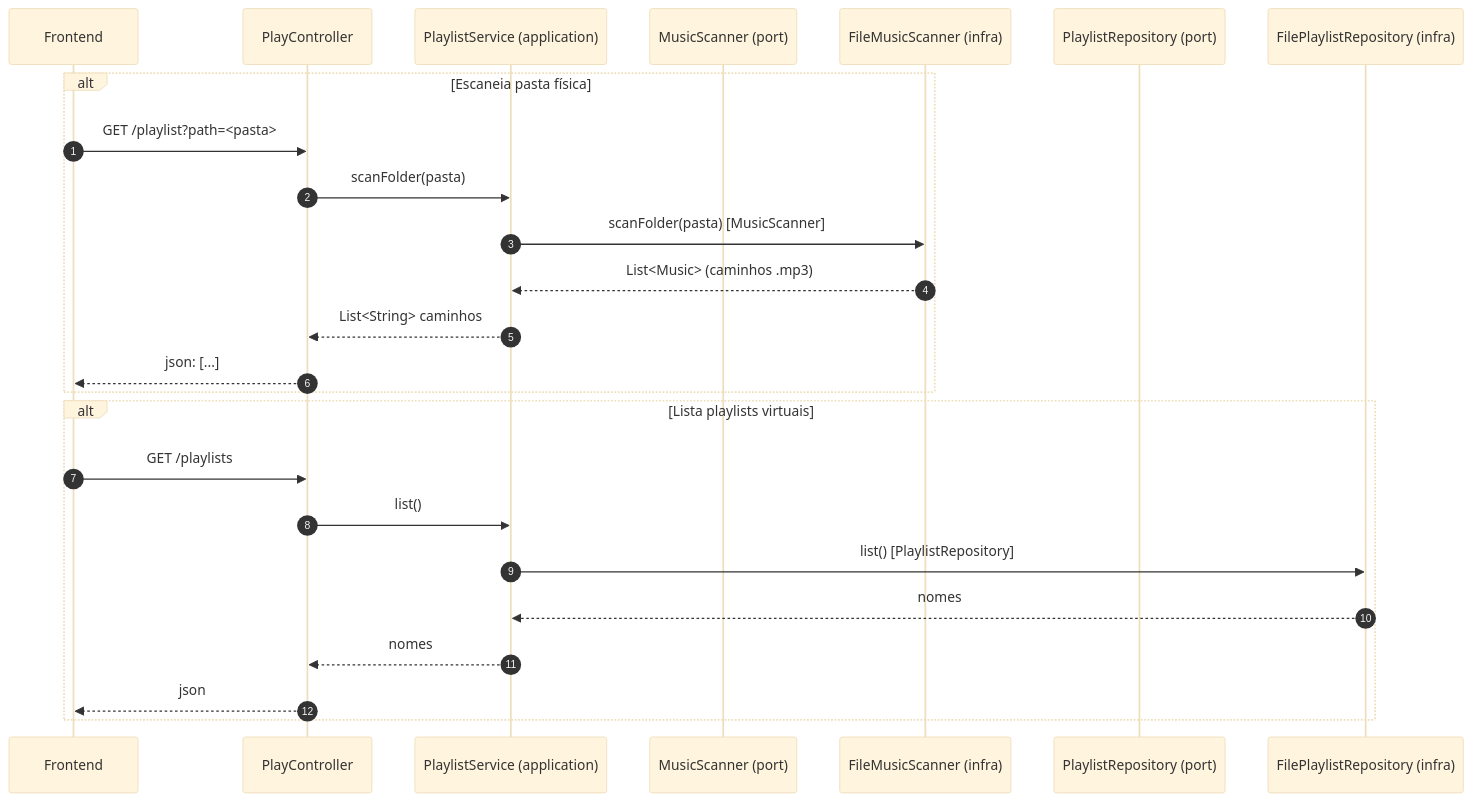
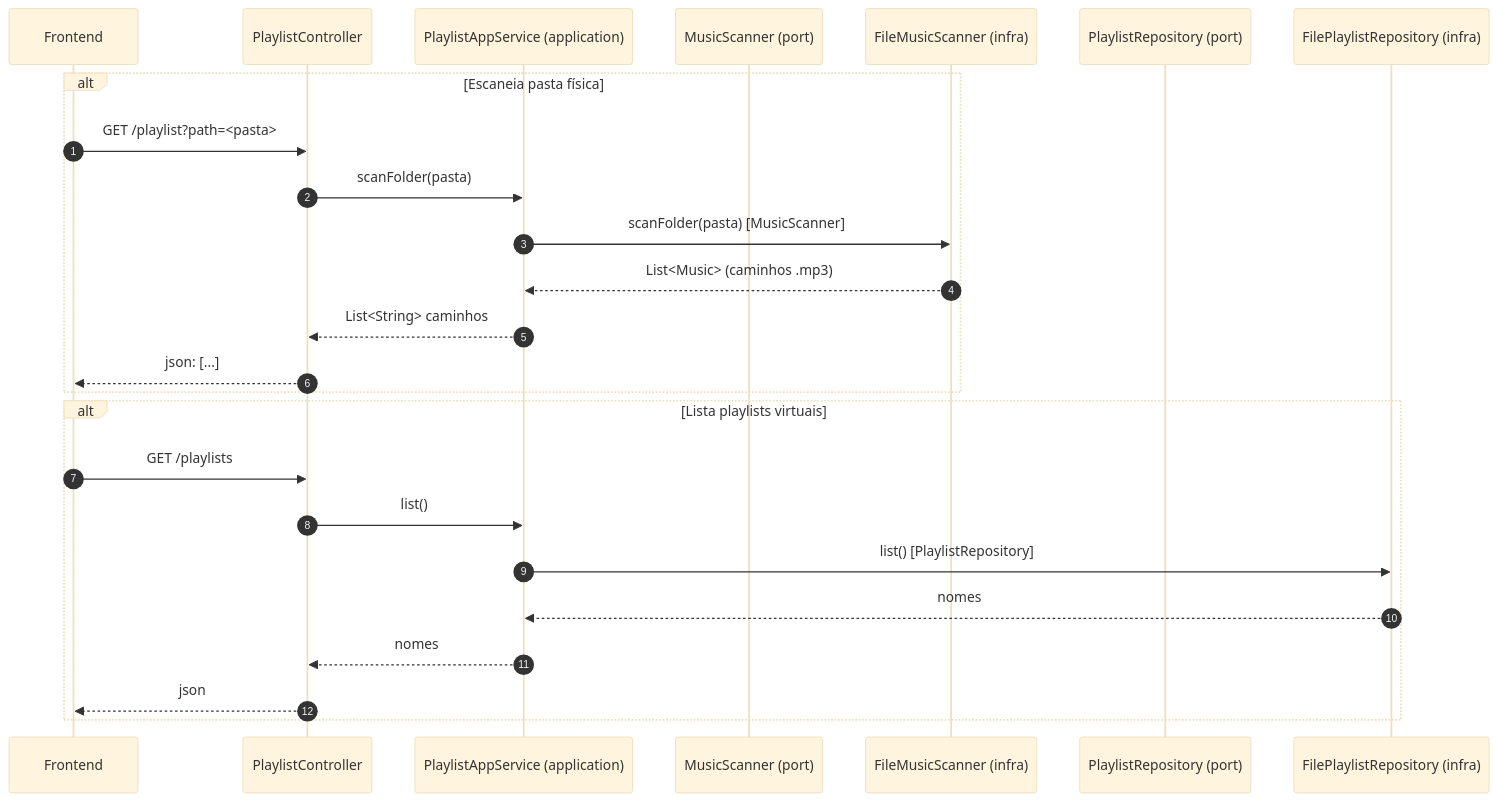
The fourth of 7 diagrams in docs/architecture.md (jpontesmartins/mp3-player), drawn with Mermaid (base theme) before and after one commit. The commit also changed other lines of this file and 10 other files, not shown here.

````diff
--- a/docs/architecture.md
+++ b/docs/architecture.md
@@ -137,29 +146,29 @@
 ```mermaid
 sequenceDiagram
     autonumber
     participant FE as Frontend
-    participant C as PlayController
-    participant S as PlaylistService (application)
+    participant C as PlaylistController
+    participant S as PlaylistAppService (application)
     participant Scanner as MusicScanner (port)
     participant FS as FileMusicScanner (infra)
     participant R as PlaylistRepository (port)
     participant FR as FilePlaylistRepository (infra)
 
     alt Escaneia pasta física
         FE->>C: GET /playlist?path=<pasta>
         C->>S: scanFolder(pasta)
         S->>FS: scanFolder(pasta)  [MusicScanner]
         FS-->>S: List<Music> (caminhos .mp3)
         S-->>C: List<String> caminhos
         C-->>FE: json: [...]
     end
 
     alt Lista playlists virtuais
         FE->>C: GET /playlists
         C->>S: list()
         S->>FR: list()  [PlaylistRepository]
         FR-->>S: nomes
         S-->>C: nomes
         C-->>FE: json
     end
 ```
````
